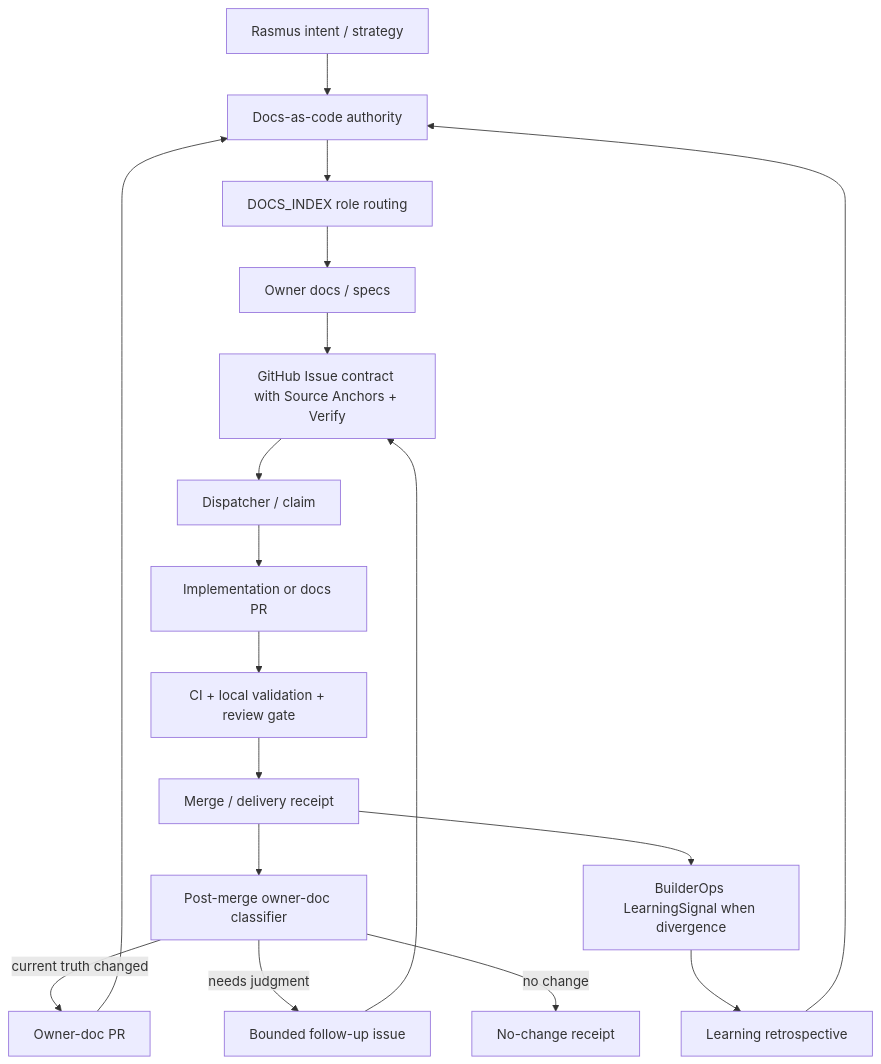
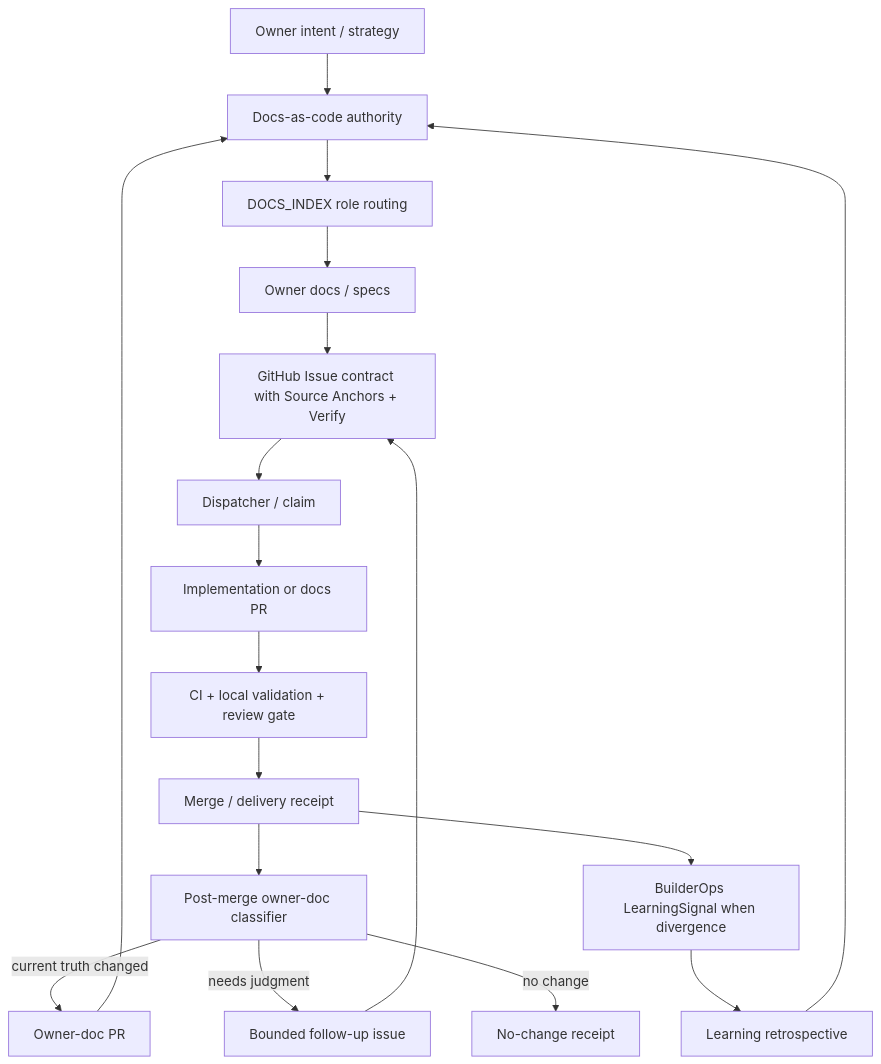
One commit to RasmusTho/agentic-pkm-mvp changed the first of 23 diagrams in docs/development/BUILDER_SYSTEM_PROCESS_MAP.md. Above: the diagram before and after it, drawn with Mermaid. The commit also changed other lines of this file, not shown here.

````diff
--- a/docs/development/BUILDER_SYSTEM_PROCESS_MAP.md
+++ b/docs/development/BUILDER_SYSTEM_PROCESS_MAP.md
@@ -726,20 +726,20 @@
 ```mermaid
 flowchart TD
-  Intent["Rasmus intent / strategy"] --> Docs["Docs-as-code authority"]
+  Intent["Owner intent / strategy"] --> Docs["Docs-as-code authority"]
   Docs --> Index["DOCS_INDEX role routing"]
   Index --> Owner["Owner docs / specs"]
   Owner --> Issue["GitHub Issue contract with Source Anchors + Verify"]
   Issue --> Claim["Dispatcher / claim"]
   Claim --> PR["Implementation or docs PR"]
   PR --> CI["CI + local validation + review gate"]
   CI --> Merge["Merge / delivery receipt"]
   Merge --> OwnerCheck["Post-merge owner-doc classifier"]
   OwnerCheck -->|current truth changed| OwnerPR["Owner-doc PR"]
   OwnerCheck -->|needs judgment| Followup["Bounded follow-up issue"]
   OwnerCheck -->|no change| Receipt["No-change receipt"]
   OwnerPR --> Docs
   Followup --> Issue
   Merge --> Learning["BuilderOps LearningSignal when divergence"]
   Learning --> Retro["Learning retrospective"]
   Retro --> Docs
 ```
````
